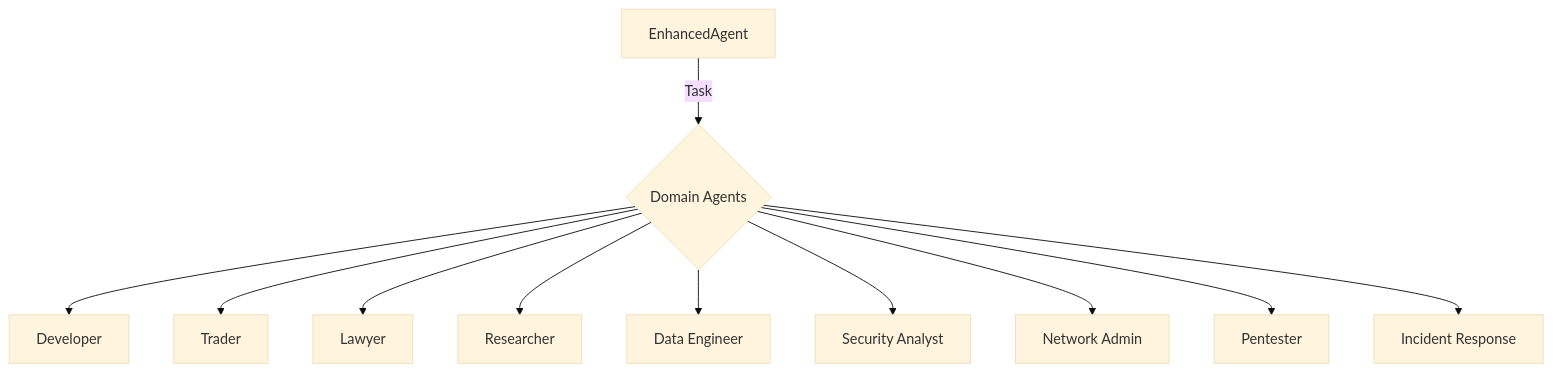
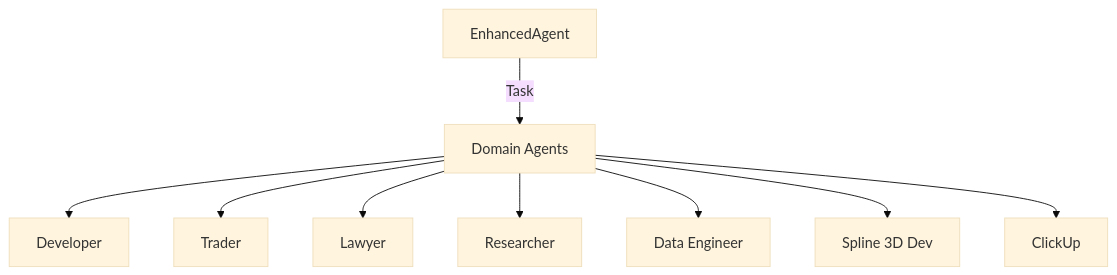
One commit to elicharlese/ECE-AGENT changed the diagram in docs/architecture/domain_agents.md. Above: the diagram before and after it, drawn with Mermaid (base theme). The commit also changed other lines of this file and 99 other files, not shown here.

````diff
--- a/docs/architecture/domain_agents.md
+++ b/docs/architecture/domain_agents.md
@@ -3,13 +3,11 @@
 ```mermaid
 graph TD
-    A[EnhancedAgent] -->|Task| B{Domain Agents}
+    A[EnhancedAgent] -->|Task| B[Domain Agents]
     B --> B1[Developer]
     B --> B2[Trader]
     B --> B3[Lawyer]
     B --> B4[Researcher]
     B --> B5[Data Engineer]
-    B --> B6[Security Analyst]
-    B --> B7[Network Admin]
-    B --> B8[Pentester]
-    B --> B9[Incident Response]
+    B --> B6[Spline 3D Dev]
+    B --> B7[ClickUp]
 ```
````
